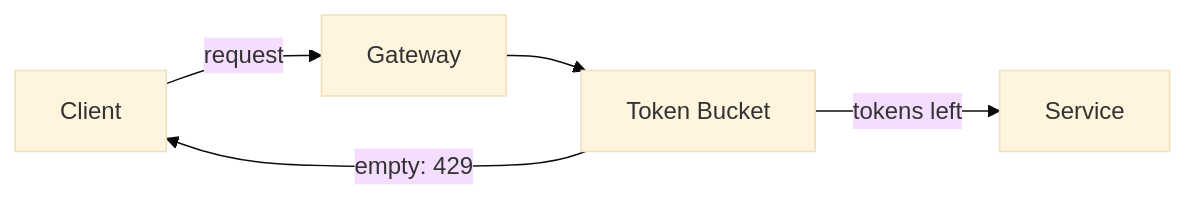
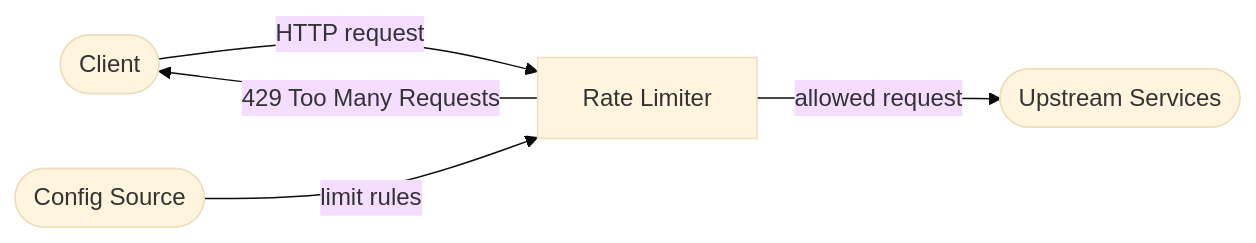
One commit to haongo138/road-to-senior changed the first of 3 diagrams in docs/system-design/rate-limiter.md. Above: the diagram before and after it, drawn with Mermaid (base theme). The commit also changed other lines of this file and 4 other files, not shown here.

Commit message:
feat: restructure System Design around the C4 model (overview + Rate Limiter redo + URL Shortener + News Feed)

````diff
--- a/docs/system-design/rate-limiter.md
+++ b/docs/system-design/rate-limiter.md
@@ -11,7 +23,11 @@
 ```mermaid
 flowchart LR
-  Client -->|request| Gateway
-  Gateway --> Limiter[Token Bucket]
-  Limiter -->|tokens left| Service
-  Limiter -->|empty: 429| Client
+  client([Client])
+  upstream([Upstream Services])
+  cfgsrc([Config Source])
+
+  client -->|HTTP request| RL[Rate Limiter]
+  RL -->|allowed request| upstream
+  RL -->|429 Too Many Requests| client
+  cfgsrc -->|limit rules| RL
 ```
````
